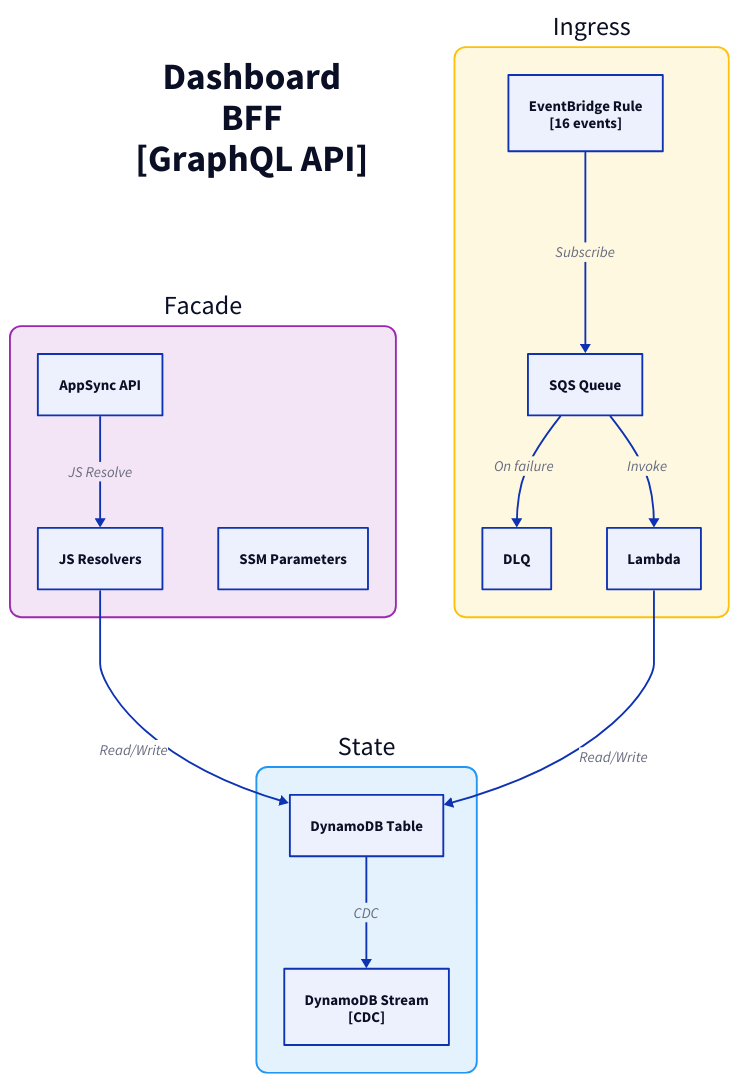
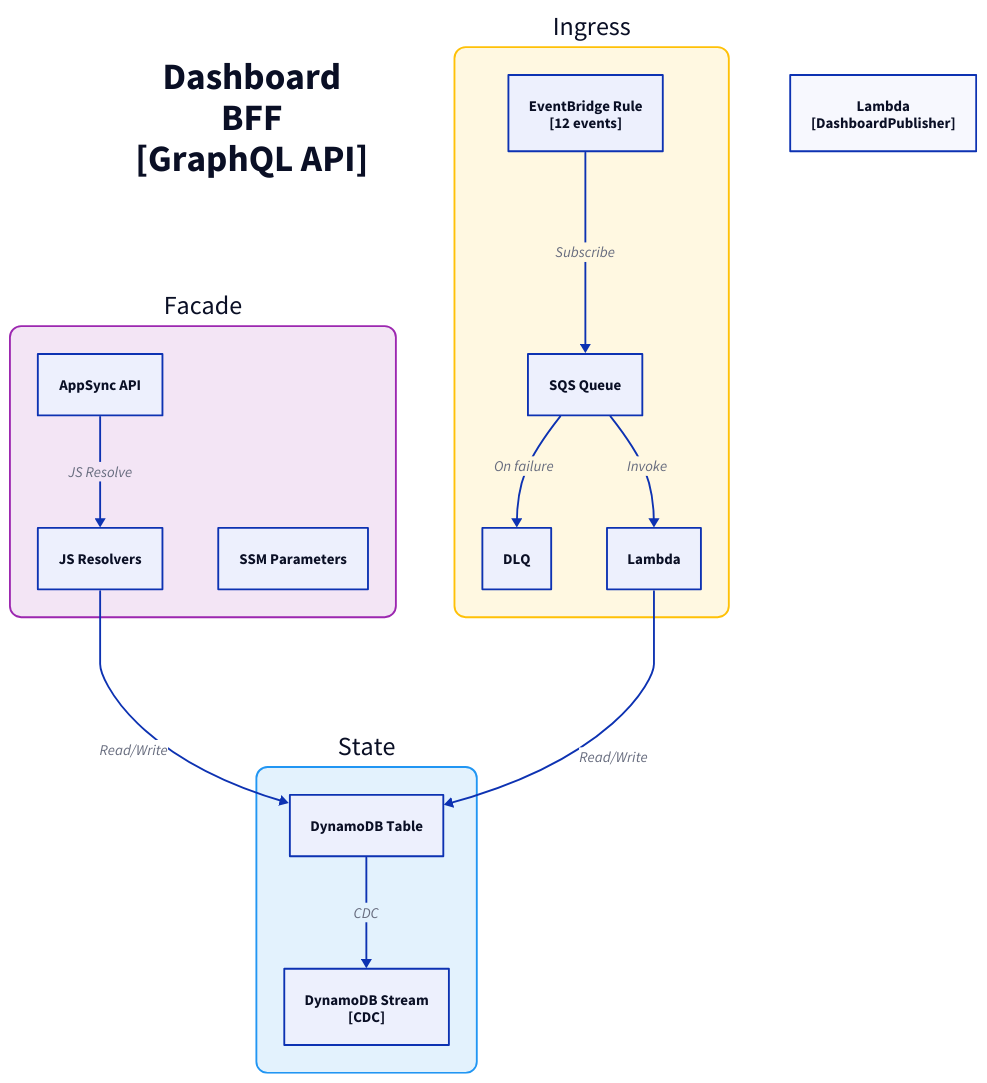
Before and after one commit to fabio-vitali/nestfolio: the diagram in docs/architecture/c3/dashboard-bff.d2, drawn with D2. The commit also changed 21 other files, not shown here.

First line of the commit message:
docs: regen flow markdown + C4 diagrams for InvestorProfile collapse

```diff
--- a/docs/architecture/c3/dashboard-bff.d2
+++ b/docs/architecture/c3/dashboard-bff.d2
@@ -1,36 +1,38 @@
 direction: down
 
 title: "Dashboard\nBFF\n[GraphQL API]" {
   style: { font-size: 40; bold: true; fill: transparent; stroke: transparent }
 }
 
 facade: "Facade" {
   style: { fill: "#F3E5F5"; stroke: "#9C27B0"; border-radius: 12; font-size: 28 }
   appsync: "AppSync API" { class: aws-appsync }
   resolvers: "JS Resolvers" { class: aws-lambda }
   appsync -> resolvers: JS Resolve
   ssm: "SSM Parameters" { class: aws-ssm }
 }
 
 ingress: "Ingress" {
   style: { fill: "#FFF8E1"; stroke: "#FFC107"; border-radius: 12; font-size: 28 }
-  rule: "EventBridge Rule\n[16 events]" { class: aws-eventbridge }
+  rule: "EventBridge Rule\n[12 events]" { class: aws-eventbridge }
   sqs: "SQS Queue" { class: aws-sqs }
   dlq: "DLQ" { class: aws-dlq }
   handler: "Lambda" { class: aws-lambda }
 
   rule -> sqs: Subscribe
   sqs -> handler: Invoke
   sqs -> dlq: On failure
 }
 
 state: "State" {
   style: { fill: "#E3F2FD"; stroke: "#2196F3"; border-radius: 12; font-size: 28 }
   table: "DynamoDB Table" { class: aws-dynamodb }
   stream: "DynamoDB Stream\n[CDC]" { class: aws-ddb-stream }
   table -> stream: CDC
 }
 
+dashboard-publisher: "Lambda\n[DashboardPublisher]" { class: aws-lambda }
+
 # Flows
 facade.resolvers -> state.table: Read/Write
 ingress.handler -> state.table: Read/Write
```
